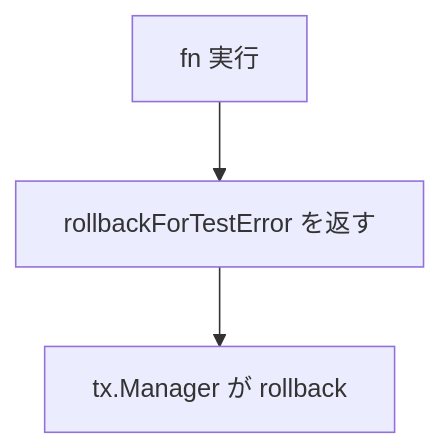
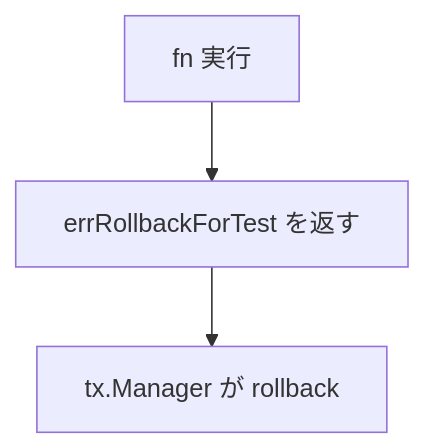
Before and after one commit to Tomy-ch/go-boilerplate: the fifth of 8 diagrams in internal/infrastructure/rdb/testkit/README.ja.md, drawn with Mermaid. The commit also changed other lines of this file and 114 other files, not shown here.

````diff
--- a/internal/infrastructure/rdb/testkit/README.ja.md
+++ b/internal/infrastructure/rdb/testkit/README.ja.md
@@ -116,8 +116,8 @@
 ```mermaid
 flowchart TD
     A[fn 実行]
-    B[rollbackForTestError を返す]
+    B[errRollbackForTest を返す]
     C[tx.Manager が rollback]
 
     A --> B --> C
 ```
````
